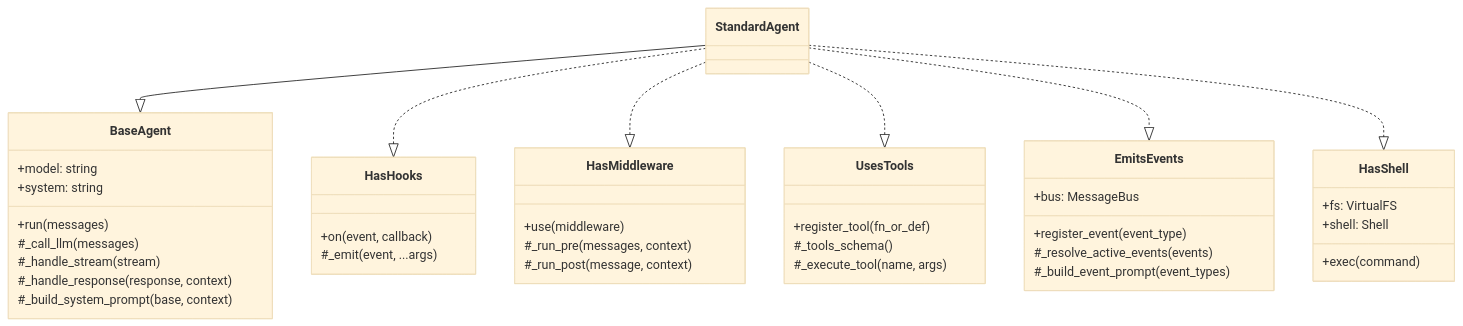
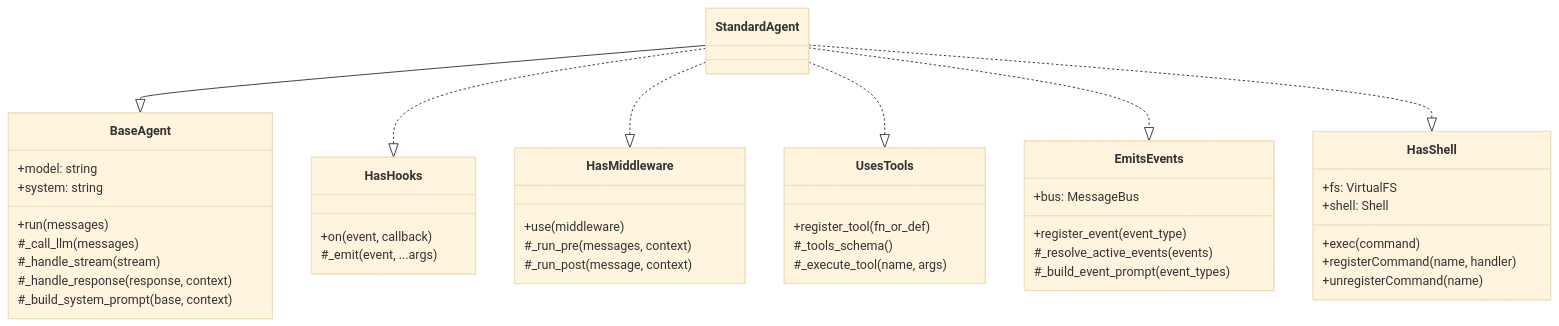
Before and after one commit to looksystems/playground-harness: the first of 4 diagrams in docs/architecture.md, drawn with Mermaid (base theme). The commit also changed other lines of this file and 19 other files, not shown here.

````diff
--- a/docs/architecture.md
+++ b/docs/architecture.md
@@ -13,44 +13,46 @@
 ```mermaid
 classDiagram
     class BaseAgent {
         +model: string
         +system: string
         +run(messages)
         #_call_llm(messages)
         #_handle_stream(stream)
         #_handle_response(response, context)
         #_build_system_prompt(base, context)
     }
     class HasHooks {
         +on(event, callback)
         #_emit(event, ...args)
     }
     class HasMiddleware {
         +use(middleware)
         #_run_pre(messages, context)
         #_run_post(message, context)
     }
     class UsesTools {
         +register_tool(fn_or_def)
         #_tools_schema()
         #_execute_tool(name, args)
     }
     class EmitsEvents {
         +register_event(event_type)
         +bus: MessageBus
         #_resolve_active_events(events)
         #_build_event_prompt(event_types)
     }
     class HasShell {
         +fs: VirtualFS
         +shell: Shell
         +exec(command)
+        +registerCommand(name, handler)
+        +unregisterCommand(name)
     }
     class StandardAgent
     StandardAgent --|> BaseAgent
     StandardAgent ..|> HasHooks
     StandardAgent ..|> HasMiddleware
     StandardAgent ..|> UsesTools
     StandardAgent ..|> EmitsEvents
     StandardAgent ..|> HasShell
 ```
````
